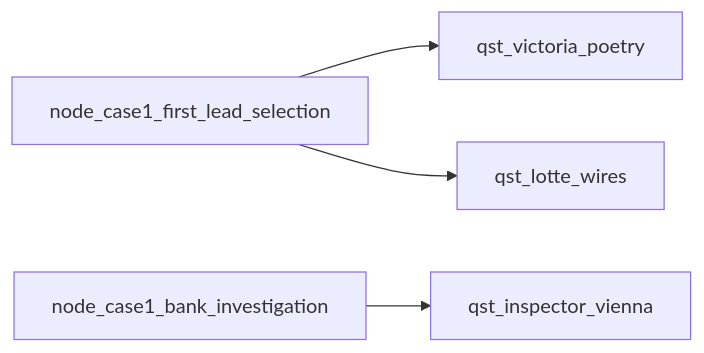
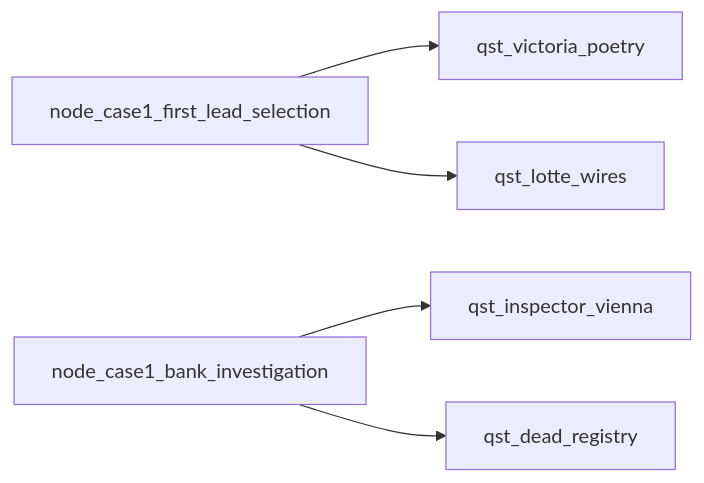
The third of 3 diagrams in obsidian/Detectiv/00_Map_Room/MOC_Quests.md (Dreyzab/grenzwanderer), drawn with Mermaid before and after one commit. The commit also changed other lines of this file and 539 other files, not shown here.

````diff
--- a/obsidian/Detectiv/00_Map_Room/MOC_Quests.md
+++ b/obsidian/Detectiv/00_Map_Room/MOC_Quests.md
@@ -64,6 +65,7 @@
 ```mermaid
 flowchart LR
   A[node_case1_first_lead_selection] --> B[qst_victoria_poetry]
   A --> C[qst_lotte_wires]
   F[node_case1_bank_investigation] --> D[qst_inspector_vienna]
+  F --> E[qst_dead_registry]
 ```
````
